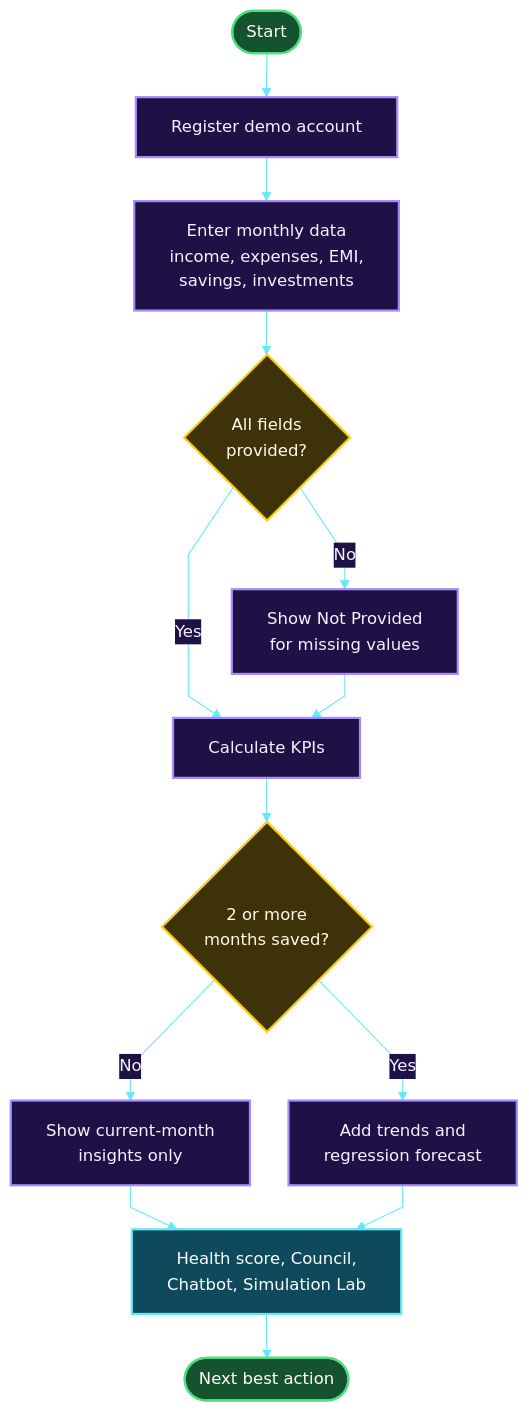
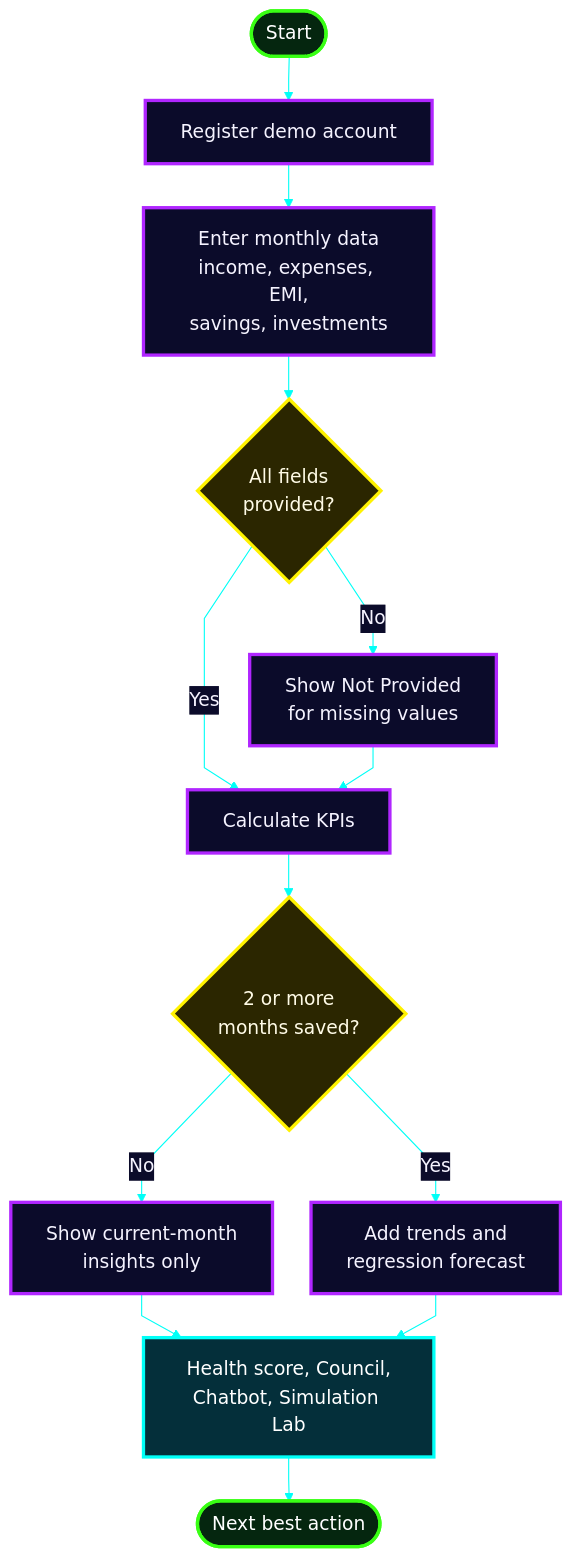
The fifth of 17 diagrams in README.md (Mansi232323/MANSHORA), drawn with Mermaid before and after one commit. The commit also changed other lines of this file, not shown here.

````diff
--- a/README.md
+++ b/README.md
@@ -226,24 +261,24 @@
 ```mermaid
-%%{init: {'theme':'base','themeVariables':{'fontSize':'15px','fontFamily':'Arial, Helvetica, sans-serif','primaryColor':'#1e1145','primaryTextColor':'#f5f3ff','primaryBorderColor':'#a78bfa','lineColor':'#67e8f9','textColor':'#f5f3ff','edgeLabelBackground':'#1e1145'},'flowchart':{'htmlLabels':true,'nodeSpacing':35,'rankSpacing':40,'padding':16,'curve':'linear'}}}%%
+%%{init: {'theme':'base','themeVariables':{'fontSize':'17px','fontFamily':'Arial, Helvetica, sans-serif','primaryColor':'#0b0b2a','primaryTextColor':'#f5f3ff','primaryBorderColor':'#b026ff','lineColor':'#00fff7','textColor':'#f5f3ff','edgeLabelBackground':'#0b0b2a'},'flowchart':{'htmlLabels':true,'nodeSpacing':35,'rankSpacing':40,'padding':16,'curve':'linear'}}}%%
 flowchart TD
     S(["Start"]) --> R["Register demo account"]
     R --> I["Enter monthly data<br/>income, expenses, EMI,<br/>savings, investments"]
     I --> Q{"All fields<br/>provided?"}
     Q -- "No" --> NP["Show Not Provided<br/>for missing values"]
     Q -- "Yes" --> CALC["Calculate KPIs"]
     NP --> CALC
     CALC --> H{"2 or more<br/>months saved?"}
     H -- "No" --> SNAP["Show current-month<br/>insights only"]
     H -- "Yes" --> TREND["Add trends and<br/>regression forecast"]
     SNAP --> OUT["Health score, Council,<br/>Chatbot, Simulation Lab"]
     TREND --> OUT
     OUT --> ACT(["Next best action"])
-    classDef start fill:#14532d,stroke:#4ade80,stroke-width:2px,color:#ffffff
-    classDef step fill:#1e1145,stroke:#a78bfa,stroke-width:2px,color:#f5f3ff
-    classDef decide fill:#3d3208,stroke:#facc15,stroke-width:2px,color:#fffbe6
-    classDef out fill:#0e4a5c,stroke:#67e8f9,stroke-width:2px,color:#ffffff
+    classDef start fill:#05260f,stroke:#39ff14,stroke-width:3px,color:#ffffff
+    classDef step fill:#0b0b2a,stroke:#b026ff,stroke-width:3px,color:#f5f3ff
+    classDef decide fill:#2b2600,stroke:#fff200,stroke-width:3px,color:#fffbe6
+    classDef out fill:#042f3a,stroke:#00fff7,stroke-width:3px,color:#ffffff
     class S,ACT start
     class R,I,NP,CALC,SNAP,TREND step
     class Q,H decide
     class OUT out
 ```
````
